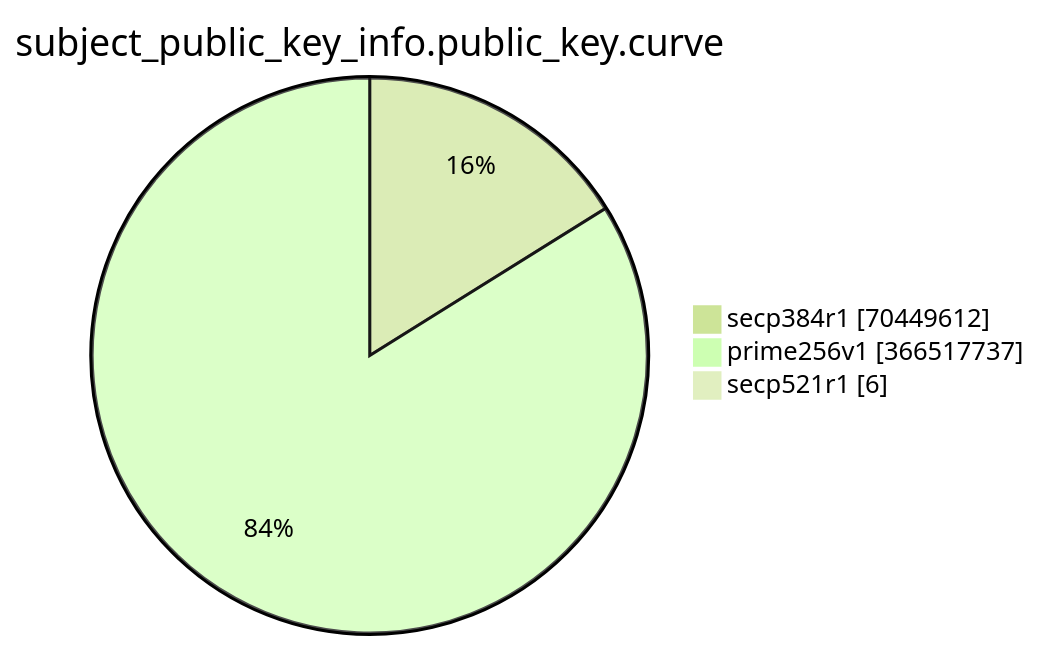
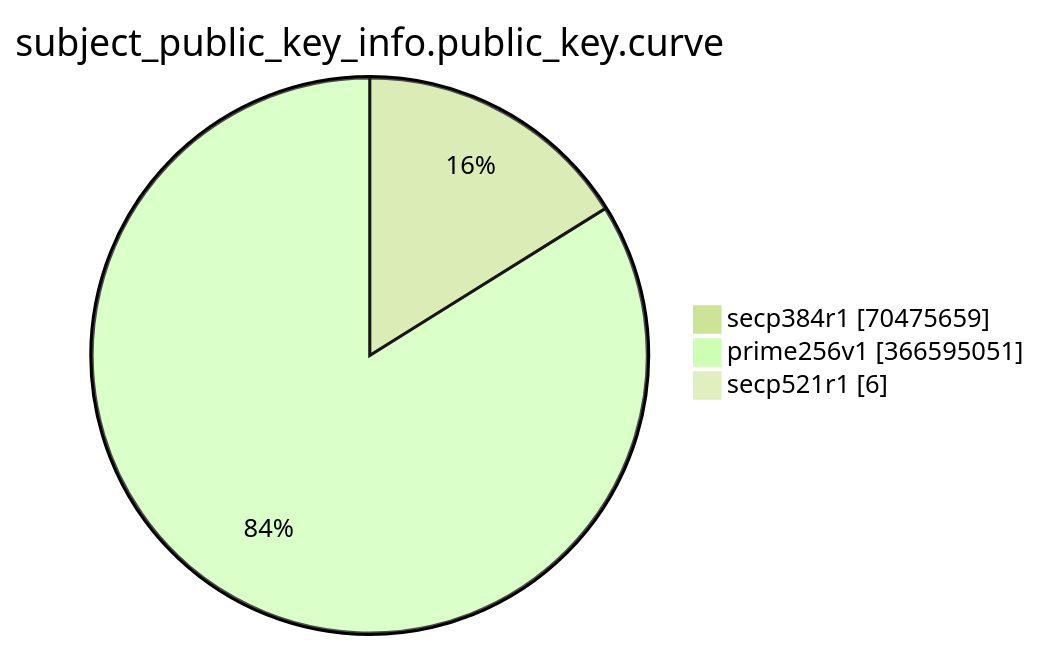
Before and after one commit to christiankrug/ctmonitor_visualization: the eighth of 15 diagrams in TOTAL/README.md, drawn with Mermaid (forest theme). The commit also changed other lines of this file, not shown here.

````diff
--- a/TOTAL/README.md
+++ b/TOTAL/README.md
@@ -3093,7 +3094,7 @@
 ```mermaid
 pie showData
 title subject_public_key_info.public_key.curve
-"secp384r1" :70449612
-"prime256v1" :366517737
+"secp384r1" :70475659
+"prime256v1" :366595051
 "secp521r1" :6
 ```
````
